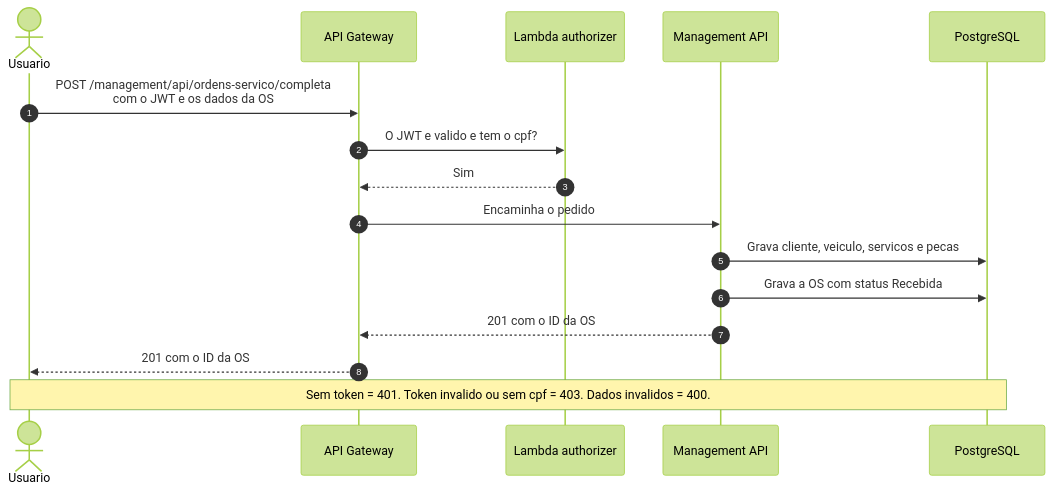
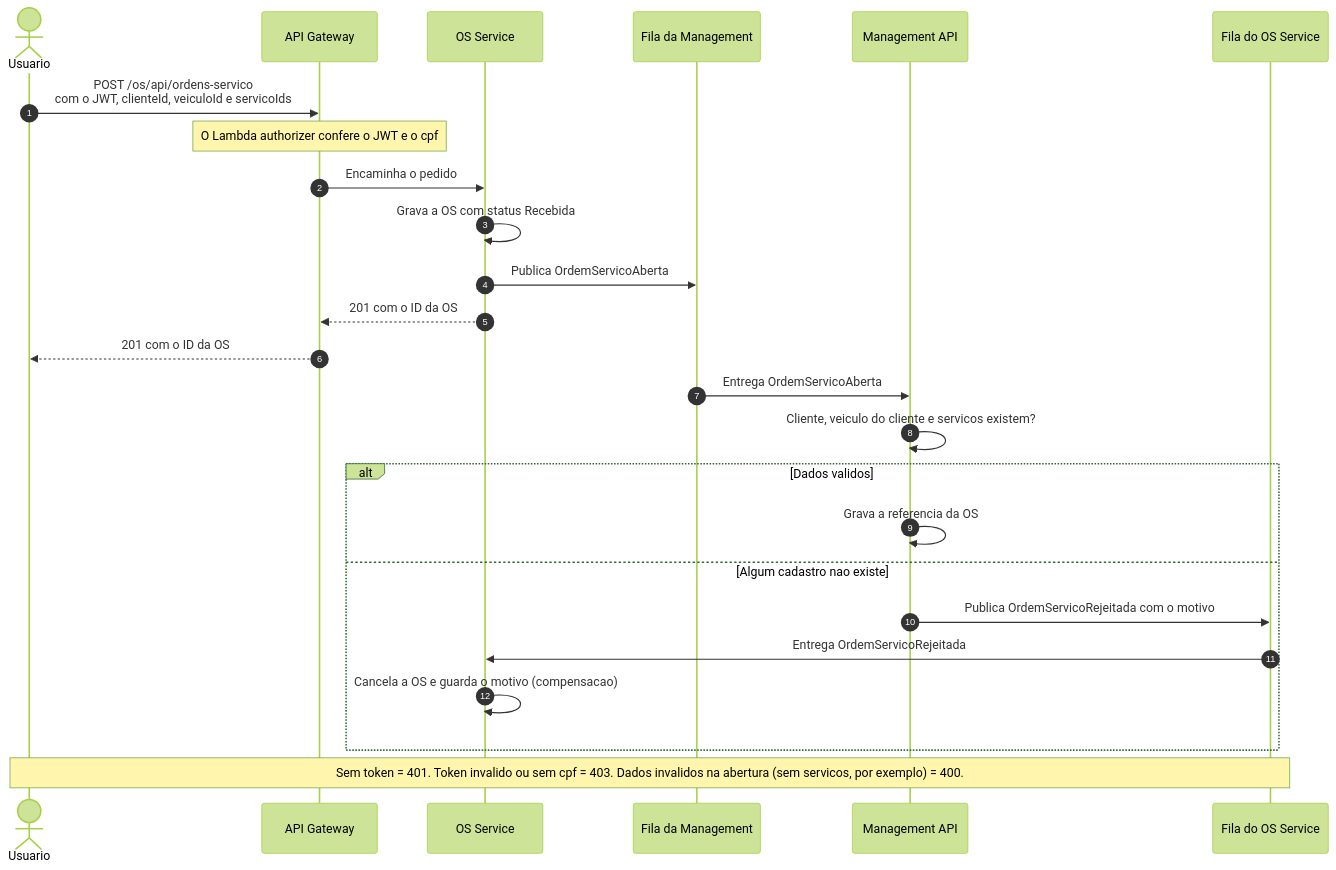
Before and after one commit to GuiToniello/tech-challenge-fase-4-MANAGEMENT-soat16-rm374658: the third of 4 diagrams in docs/arquitetura.md, drawn with Mermaid (forest theme). The commit also changed other lines of this file and 208 other files, not shown here.

````diff
--- a/docs/arquitetura.md
+++ b/docs/arquitetura.md
@@ -124,19 +156,28 @@
 ```mermaid
 sequenceDiagram
   autonumber
   actor Usuario
   participant GW as API Gateway
-  participant Authz as Lambda authorizer
+  participant OS as OS Service
+  participant FilaM as Fila da Management
   participant API as Management API
-  participant DB as PostgreSQL
+  participant FilaOS as Fila do OS Service
 
-  Usuario->>GW: POST /management/api/ordens-servico/completa<br/>com o JWT e os dados da OS
-  GW->>Authz: O JWT e valido e tem o cpf?
-  Authz-->>GW: Sim
-  GW->>API: Encaminha o pedido
-  API->>DB: Grava cliente, veiculo, servicos e pecas
-  API->>DB: Grava a OS com status Recebida
-  API-->>GW: 201 com o ID da OS
+  Usuario->>GW: POST /os/api/ordens-servico<br/>com o JWT, clienteId, veiculoId e servicoIds
+  Note over GW: O Lambda authorizer confere o JWT e o cpf
+  GW->>OS: Encaminha o pedido
+  OS->>OS: Grava a OS com status Recebida
+  OS->>FilaM: Publica OrdemServicoAberta
+  OS-->>GW: 201 com o ID da OS
   GW-->>Usuario: 201 com o ID da OS
-  Note over Usuario,DB: Sem token = 401. Token invalido ou sem cpf = 403. Dados invalidos = 400.
+  FilaM->>API: Entrega OrdemServicoAberta
+  API->>API: Cliente, veiculo do cliente e servicos existem?
+  alt Dados validos
+    API->>API: Grava a referencia da OS
+  else Algum cadastro nao existe
+    API->>FilaOS: Publica OrdemServicoRejeitada com o motivo
+    FilaOS->>OS: Entrega OrdemServicoRejeitada
+    OS->>OS: Cancela a OS e guarda o motivo (compensacao)
+  end
+  Note over Usuario,FilaOS: Sem token = 401. Token invalido ou sem cpf = 403. Dados invalidos na abertura (sem servicos, por exemplo) = 400.
 ```
````
